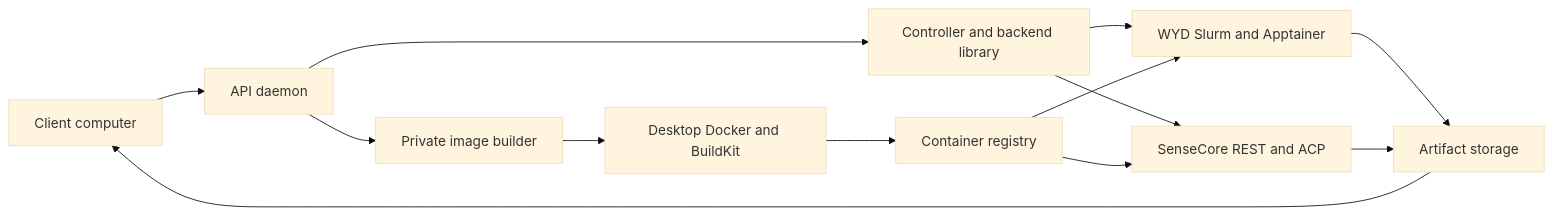
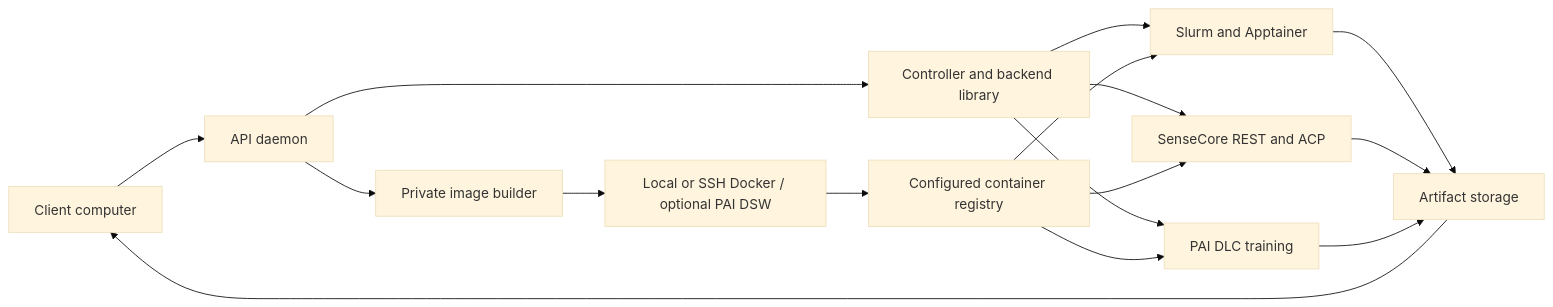
Before and after one commit to NotDesigned/ml-experiment-control: the first of 3 diagrams in docs/architecture.md, drawn with Mermaid (base theme). The commit also changed other lines of this file and 77 other files, not shown here.

````diff
--- a/docs/architecture.md
+++ b/docs/architecture.md
@@ -33,15 +33,18 @@
 ```mermaid
 flowchart LR
     Client[Client computer] --> API[API daemon]
     API --> Controller[Controller and backend library]
-    Controller --> WYD[WYD Slurm and Apptainer]
+    Controller --> Slurm[Slurm and Apptainer]
     Controller --> SC[SenseCore REST and ACP]
+    Controller --> DLC[PAI DLC training]
     API --> Builder[Private image builder]
-    Builder --> Desktop[Desktop Docker and BuildKit]
-    Desktop --> Registry[Container registry]
-    Registry --> WYD
+    Builder --> BuildHost[Local or SSH Docker / optional PAI DSW]
+    BuildHost --> Registry[Configured container registry]
+    Registry --> Slurm
     Registry --> SC
-    WYD --> Store[Artifact storage]
+    Registry --> DLC
+    Slurm --> Store[Artifact storage]
     SC --> Store
+    DLC --> Store
     Store --> Client
 ```
````
